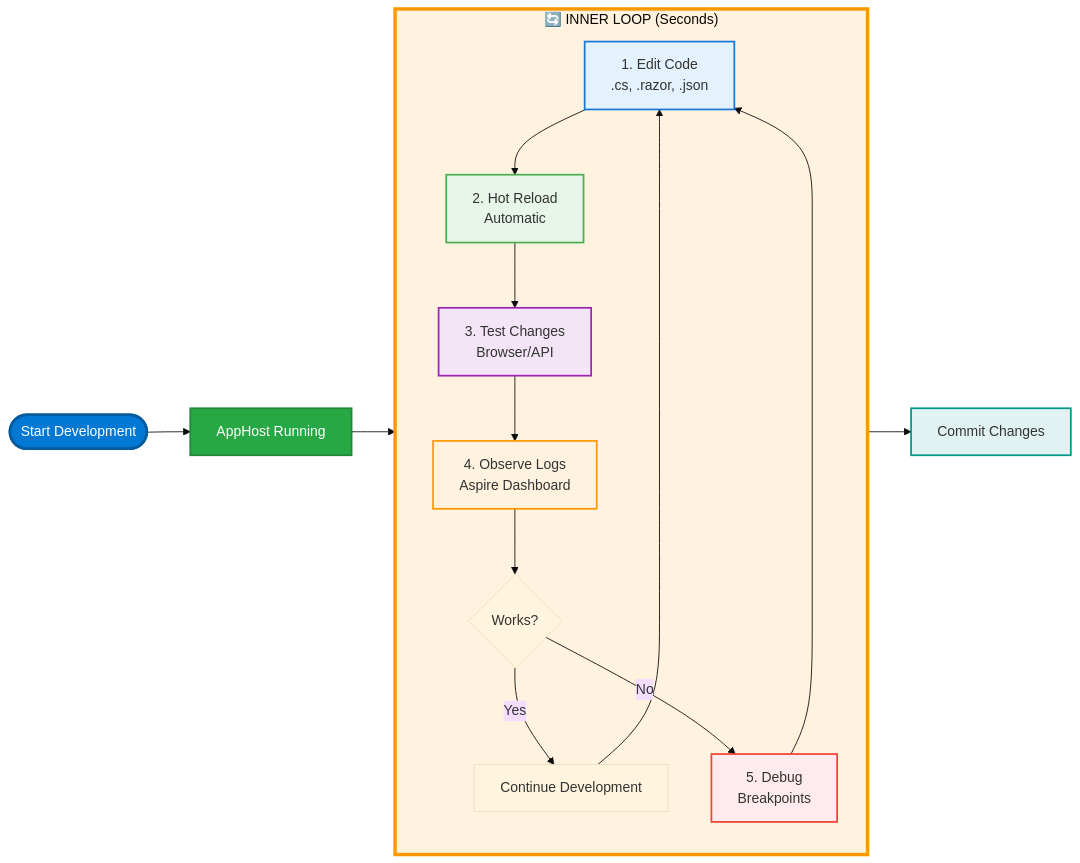
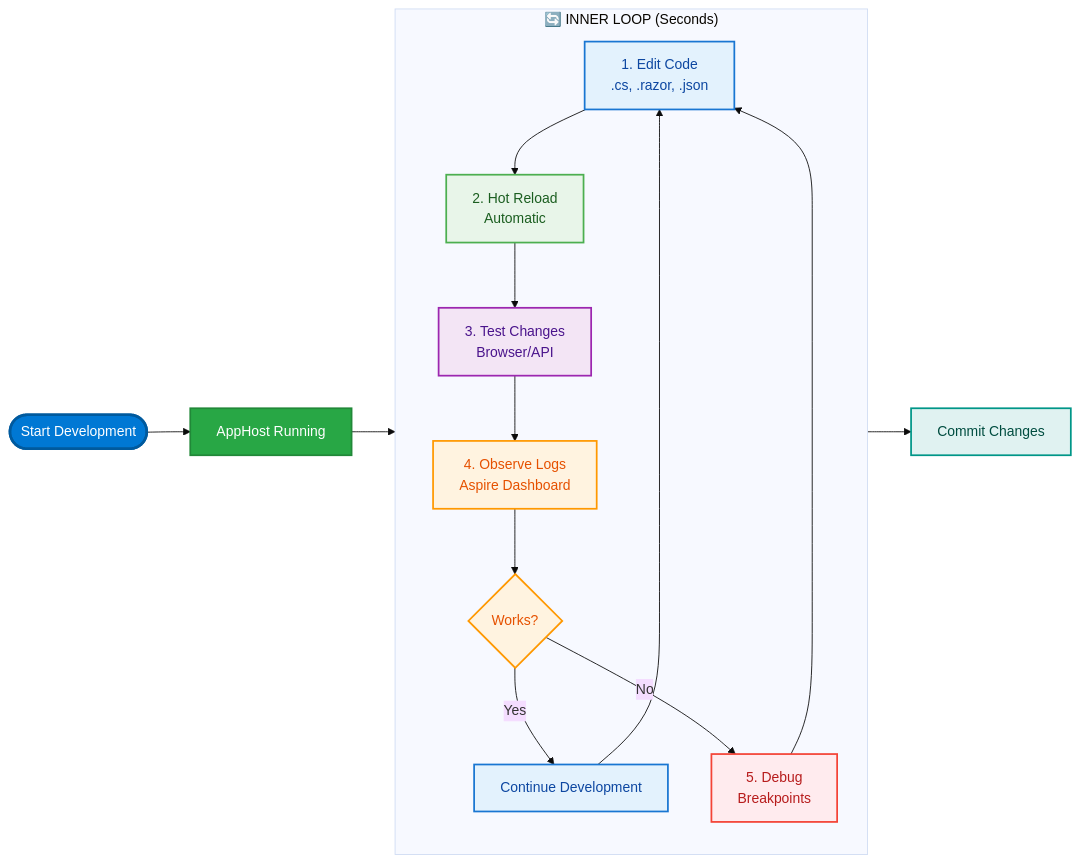
Before and after one commit to Evilazaro/Azure-LogicApps-Monitoring: the seventh of 7 diagrams in docs/hooks/VALIDATION-WORKFLOW.md, drawn with Mermaid (base theme). The commit also changed other lines of this file and 1 other file, not shown here.

Commit message:
Refactor workflow diagrams in SQL Managed Identity Configuration documentation for improved clarity and consistency in styling

````diff
--- a/docs/hooks/VALIDATION-WORKFLOW.md
+++ b/docs/hooks/VALIDATION-WORKFLOW.md
@@ -835,29 +835,38 @@
 ```mermaid
 flowchart LR
     Start([Start Development]) --> Running[AppHost Running]
 
     subgraph InnerLoop["🔄 INNER LOOP (Seconds)"]
         direction TB
         Edit[1. Edit Code<br/>.cs, .razor, .json] --> HotReload[2. Hot Reload<br/>Automatic]
         HotReload --> Test[3. Test Changes<br/>Browser/API]
         Test --> Observe[4. Observe Logs<br/>Aspire Dashboard]
         Observe --> Decision{Works?}
         Decision -->|Yes| Continue[Continue Development]
         Decision -->|No| Debug[5. Debug<br/>Breakpoints]
         Debug --> Edit
         Continue --> Edit
     end
 
     Running --> InnerLoop
     InnerLoop --> Commit[Commit Changes]
 
-    style Start fill:#0078d4,stroke:#005a9e,stroke-width:3px,color:#fff
-    style Running fill:#28a745,stroke:#218838,stroke-width:2px,color:#fff
-    style InnerLoop fill:#fff3e0,stroke:#ff9800,stroke-width:4px
-    style Edit fill:#e3f2fd,stroke:#1976d2,stroke-width:2px
-    style HotReload fill:#e8f5e9,stroke:#4caf50,stroke-width:2px
-    style Test fill:#f3e5f5,stroke:#9c27b0,stroke-width:2px
-    style Observe fill:#fff3e0,stroke:#ff9800,stroke-width:2px
-    style Debug fill:#ffebee,stroke:#f44336,stroke-width:2px
-    style Commit fill:#e0f2f1,stroke:#009688,stroke-width:2px
+    classDef startEnd fill:#0078d4,stroke:#005a9e,stroke-width:3px,color:#fff
+    classDef running fill:#28a745,stroke:#218838,stroke-width:2px,color:#fff
+    classDef process fill:#e3f2fd,stroke:#1976d2,stroke-width:2px,color:#0d47a1
+    classDef success fill:#e8f5e9,stroke:#4caf50,stroke-width:2px,color:#1b5e20
+    classDef test fill:#f3e5f5,stroke:#9c27b0,stroke-width:2px,color:#4a148c
+    classDef loop fill:#fff3e0,stroke:#ff9800,stroke-width:2px,color:#e65100
+    classDef debug fill:#ffebee,stroke:#f44336,stroke-width:2px,color:#b71c1c
+    classDef commit fill:#e0f2f1,stroke:#009688,stroke-width:2px,color:#004d40
+    classDef decision fill:#fff3e0,stroke:#f57c00,stroke-width:2px,color:#e65100
+
+    class Start startEnd
+    class Running running
+    class Edit,Continue process
+    class HotReload success
+    class Test test
+    class Observe,Decision loop
+    class Debug debug
+    class Commit commit
 ```
````
